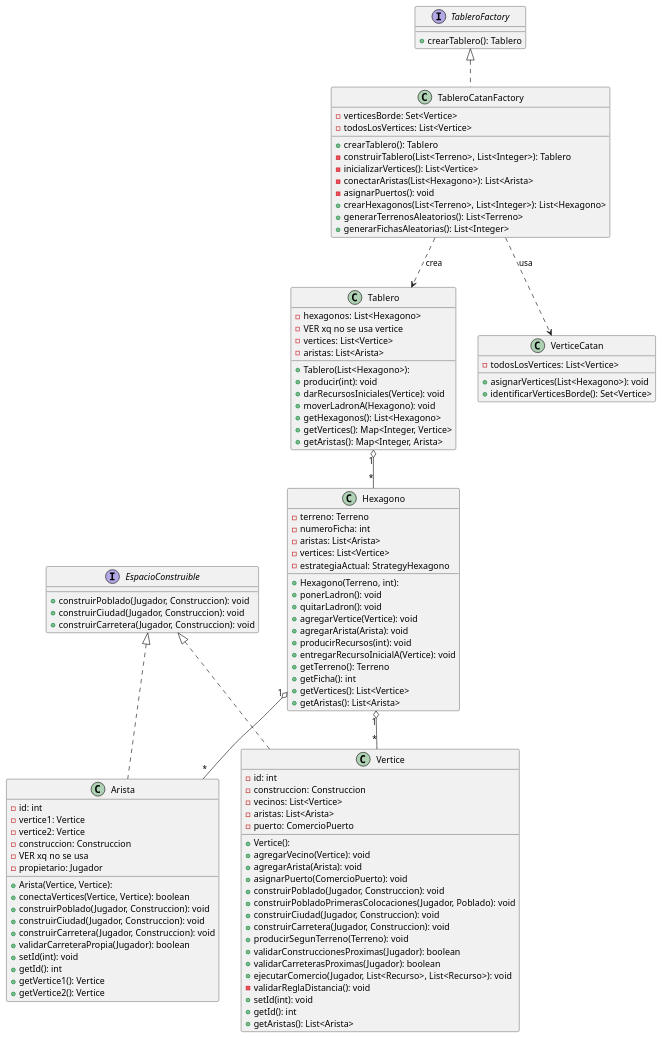
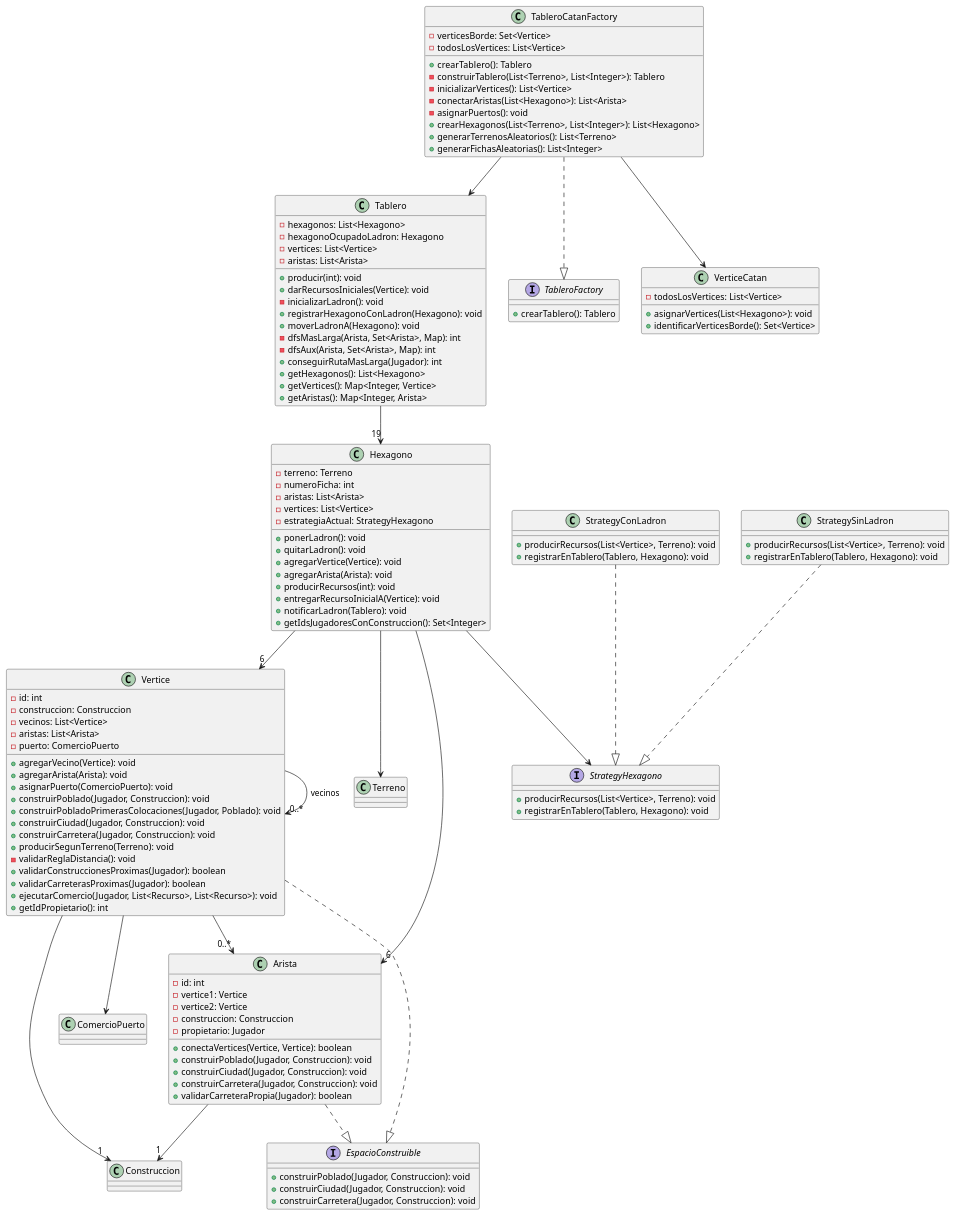
One commit to ValeSolArroyo/TP2-Catan changed the diagram in diagrams/classes/tablero.puml. Above: the diagram before and after it, drawn with PlantUML. The commit also changed 21 other files, not shown here.

Commit message:
nuevos diagramas y arregle un test

```diff
--- a/diagrams/classes/tablero.puml
+++ b/diagrams/classes/tablero.puml
@@ -1,115 +1,142 @@
-@startuml Tablero
+@startuml
 
-class Arista {
-  - id: int
-  - vertice1: Vertice
-  - vertice2: Vertice
-  - construccion: Construccion
-  - VER xq no se usa
-  - propietario: Jugador
-  + Arista(Vertice, Vertice):
-  + conectaVertices(Vertice, Vertice): boolean
-  + construirPoblado(Jugador, Construccion): void
-  + construirCiudad(Jugador, Construccion): void
-  + construirCarretera(Jugador, Construccion): void
-  + validarCarreteraPropia(Jugador): boolean
-  + setId(int): void
-  + getId(): int
-  + getVertice1(): Vertice
-  + getVertice2(): Vertice
+class Tablero {
+  - hexagonos: List<Hexagono>
+  - hexagonoOcupadoLadron: Hexagono
+  - vertices: List<Vertice>
+  - aristas: List<Arista>
+  
+  + producir(int): void
+  + darRecursosIniciales(Vertice): void
+  - inicializarLadron(): void
+  + registrarHexagonoConLadron(Hexagono): void
+  + moverLadronA(Hexagono): void
+  - dfsMasLarga(Arista, Set<Arista>, Map): int
+  - dfsAux(Arista, Set<Arista>, Map): int
+  + conseguirRutaMasLarga(Jugador): int
+  + getHexagonos(): List<Hexagono>
+  + getVertices(): Map<Integer, Vertice>
+  + getAristas(): Map<Integer, Arista>
 }
-interface EspacioConstruible {
-  + construirPoblado(Jugador, Construccion): void
-  + construirCiudad(Jugador, Construccion): void
-  + construirCarretera(Jugador, Construccion): void
-}
+
 class Hexagono {
   - terreno: Terreno
   - numeroFicha: int
   - aristas: List<Arista>
   - vertices: List<Vertice>
   - estrategiaActual: StrategyHexagono
-  + Hexagono(Terreno, int):
+  
   + ponerLadron(): void
   + quitarLadron(): void
   + agregarVertice(Vertice): void
   + agregarArista(Arista): void
   + producirRecursos(int): void
   + entregarRecursoInicialA(Vertice): void
-  + getTerreno(): Terreno
-  + getFicha(): int
-  + getVertices(): List<Vertice>
-  + getAristas(): List<Arista>
+  + notificarLadron(Tablero): void
+  + getIdsJugadoresConConstruccion(): Set<Integer>
 }
-class Tablero {
-  - hexagonos: List<Hexagono>
-  - VER xq no se usa vertice
-  - vertices: List<Vertice>
-  - aristas: List<Arista>
-  + Tablero(List<Hexagono>):
-  + producir(int): void
-  + darRecursosIniciales(Vertice): void
-  + moverLadronA(Hexagono): void
-  + getHexagonos(): List<Hexagono>
-  + getVertices(): Map<Integer, Vertice>
-  + getAristas(): Map<Integer, Arista>
-}
+
 class Vertice {
   - id: int
   - construccion: Construccion
   - vecinos: List<Vertice>
   - aristas: List<Arista>
   - puerto: ComercioPuerto
-  + Vertice():
+  
   + agregarVecino(Vertice): void
   + agregarArista(Arista): void
   + asignarPuerto(ComercioPuerto): void
   + construirPoblado(Jugador, Construccion): void
   + construirPobladoPrimerasColocaciones(Jugador, Poblado): void
   + construirCiudad(Jugador, Construccion): void
   + construirCarretera(Jugador, Construccion): void
   + producirSegunTerreno(Terreno): void
+  - validarReglaDistancia(): void
   + validarConstruccionesProximas(Jugador): boolean
   + validarCarreterasProximas(Jugador): boolean
   + ejecutarComercio(Jugador, List<Recurso>, List<Recurso>): void
-  - validarReglaDistancia(): void
-  + setId(int): void
-  + getId(): int
-  + getAristas(): List<Arista>
+  + getIdPropietario(): int
 }
 
+class Arista {
+  - id: int
+  - vertice1: Vertice
+  - vertice2: Vertice
+  - construccion: Construccion
+  - propietario: Jugador
+  
+  + conectaVertices(Vertice, Vertice): boolean
+  + construirPoblado(Jugador, Construccion): void
+  + construirCiudad(Jugador, Construccion): void
+  + construirCarretera(Jugador, Construccion): void
+  + validarCarreteraPropia(Jugador): boolean
+}
+
+interface EspacioConstruible {
+  + construirPoblado(Jugador, Construccion): void
+  + construirCiudad(Jugador, Construccion): void
+  + construirCarretera(Jugador, Construccion): void
+}
+
+interface StrategyHexagono {
+  + producirRecursos(List<Vertice>, Terreno): void
+  + registrarEnTablero(Tablero, Hexagono): void
+}
+
+class StrategyConLadron {
+  + producirRecursos(List<Vertice>, Terreno): void
+  + registrarEnTablero(Tablero, Hexagono): void
+}
+
+class StrategySinLadron {
+  + producirRecursos(List<Vertice>, Terreno): void
+  + registrarEnTablero(Tablero, Hexagono): void
+}
 
 interface TableroFactory {
   + crearTablero(): Tablero
 }
 
-class TableroCatanFactory implements TableroFactory {
+class TableroCatanFactory {
   - verticesBorde: Set<Vertice>
   - todosLosVertices: List<Vertice>
+  
   + crearTablero(): Tablero
   - construirTablero(List<Terreno>, List<Integer>): Tablero
   - inicializarVertices(): List<Vertice>
   - conectarAristas(List<Hexagono>): List<Arista>
   - asignarPuertos(): void
   + crearHexagonos(List<Terreno>, List<Integer>): List<Hexagono>
   + generarTerrenosAleatorios(): List<Terreno>
   + generarFichasAleatorias(): List<Integer>
 }
 
 class VerticeCatan {
   - todosLosVertices: List<Vertice>
+  
   + asignarVertices(List<Hexagono>): void
   + identificarVerticesBorde(): Set<Vertice>
 }
 
-EspacioConstruible <|.. Arista
-EspacioConstruible <|.. Vertice
+Tablero --> "19" Hexagono
+Hexagono --> "6" Vertice
+Hexagono --> "6" Arista
+Hexagono --> Terreno
+Hexagono --> StrategyHexagono
 
-Tablero "1" o-- "*" Hexagono
-Hexagono "1" o-- "*" Vertice
-Hexagono "1" o-- "*" Arista
+Vertice ..|> EspacioConstruible
+Arista ..|> EspacioConstruible
+Vertice --> "1" Construccion
+Arista --> "1" Construccion
+Vertice --> "0..*" Vertice : vecinos
+Vertice --> "0..*" Arista
+Vertice --> ComercioPuerto
 
-TableroCatanFactory ..> Tablero : "crea"
-TableroCatanFactory ..> VerticeCatan : "usa"
+StrategyConLadron ..|> StrategyHexagono
+StrategySinLadron ..|> StrategyHexagono
+
+TableroCatanFactory ..|> TableroFactory
+TableroCatanFactory --> Tablero
+TableroCatanFactory --> VerticeCatan
 
 @enduml
```
